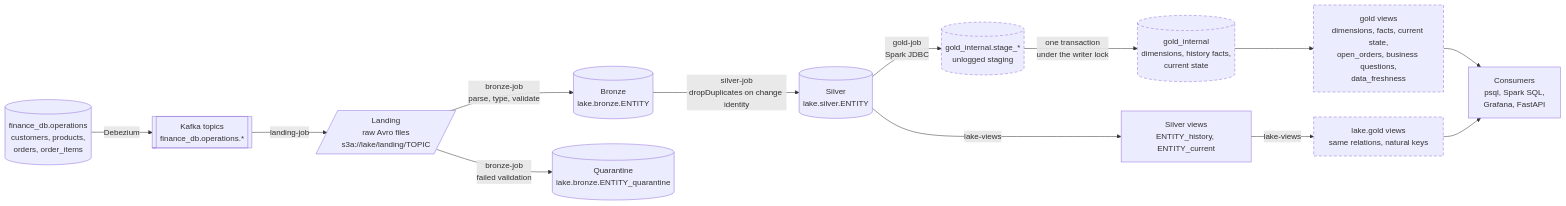
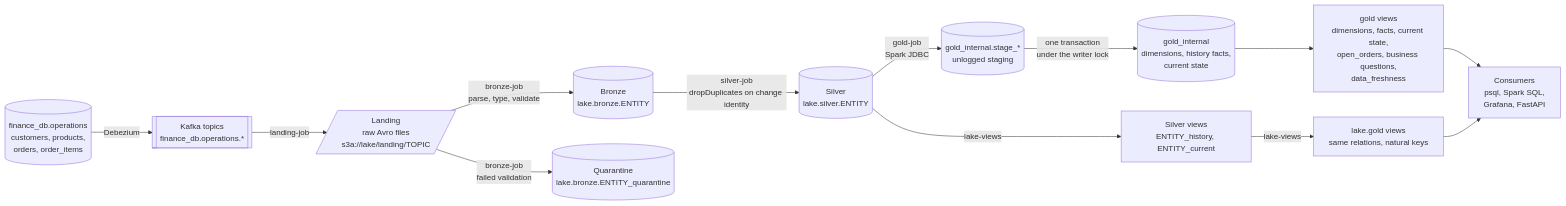
The second of 5 diagrams in docs/architecture/overview.md (jonathan5p/deel-home-task), drawn with Mermaid before and after one commit. The commit also changed other lines of this file, not shown here.

Commit message:
docs(architecture): describe the merged pipeline in the overview and mark only the work still in progress

````diff
--- a/docs/architecture/overview.md
+++ b/docs/architecture/overview.md
@@ -134,31 +120,29 @@
 ```mermaid
 flowchart LR
     src[("finance_db.operations<br/>customers, products,<br/>orders, order_items")]
     topics[["Kafka topics<br/>finance_db.operations.*"]]
     landing[/"Landing<br/>raw Avro files<br/>s3a://lake/landing/TOPIC"/]
     bronze[("Bronze<br/>lake.bronze.ENTITY")]
     quarantine[("Quarantine<br/>lake.bronze.ENTITY_quarantine")]
     silver[("Silver<br/>lake.silver.ENTITY")]
     sviews["Silver views<br/>ENTITY_history, ENTITY_current"]
     stage[("gold_internal.stage_*<br/>unlogged staging")]
     gint[("gold_internal<br/>dimensions, history facts,<br/>current state")]
     gpub["gold views<br/>dimensions, facts, current state,<br/>open_orders, business questions,<br/>data_freshness"]
     lgold["lake.gold views<br/>same relations, natural keys"]
     consumers["Consumers<br/>psql, Spark SQL,<br/>Grafana, FastAPI"]
 
     src -- "Debezium" --> topics
     topics -- "landing-job" --> landing
     landing -- "bronze-job<br/>parse, type, validate" --> bronze
     landing -- "bronze-job<br/>failed validation" --> quarantine
     bronze -- "silver-job<br/>dropDuplicates on change identity" --> silver
     silver -- "lake-views" --> sviews
     silver -- "gold-job<br/>Spark JDBC" --> stage
     stage -- "one transaction<br/>under the writer lock" --> gint
     gint --> gpub
     sviews -- "lake-views" --> lgold
     gpub --> consumers
     lgold --> consumers
 
-    classDef pending stroke-dasharray: 6 4
-    class stage,gint,gpub,lgold pending
 ```
````
